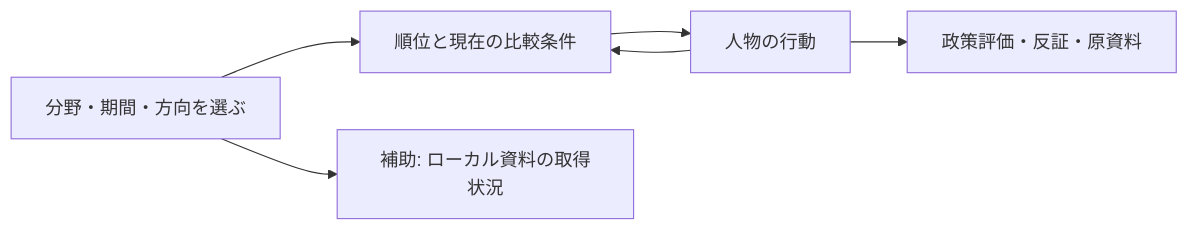
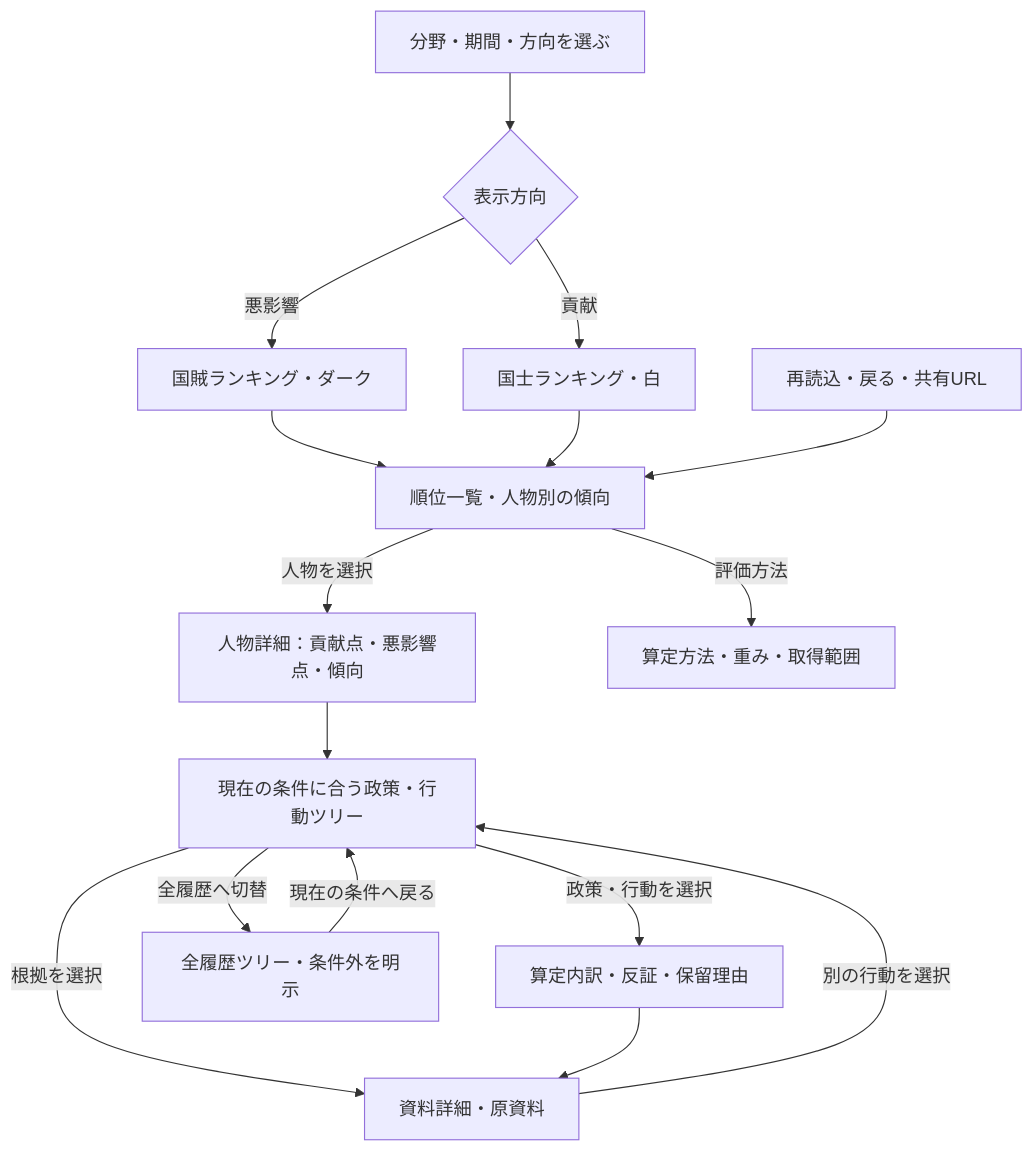
One commit to nexus-ai-2045/public-interest-lens changed the diagram in docs/visual-resource-selection.md. Above: the diagram before and after it, drawn with Mermaid. The commit also changed other lines of this file and 28 other files, not shown here.

First line of the commit message:
国賊・国士の画面を統合し、図入りREADMEと完成版ロードマップを追加 (#8)

````diff
--- a/docs/visual-resource-selection.md
+++ b/docs/visual-resource-selection.md
@@ -18,8 +18,18 @@
 ```mermaid
-flowchart LR
-    A["分野・期間・方向を選ぶ"] --> B["順位と現在の比較条件"]
-    B --> C["人物の行動"]
-    C --> D["政策評価・反証・原資料"]
-    C --> B
-    A --> E["補助: ローカル資料の取得状況"]
+flowchart TD
+    A["分野・期間・方向を選ぶ"] --> B{"表示方向"}
+    B -->|悪影響| C["国賊ランキング・ダーク"]
+    B -->|貢献| D["国士ランキング・白"]
+    C --> E["順位一覧・人物別の傾向"]
+    D --> E
+    E -->|人物を選択| F["人物詳細：貢献点・悪影響点・傾向"]
+    F --> G["現在の条件に合う政策・行動ツリー"]
+    G -->|政策・行動を選択| H["算定内訳・反証・保留理由"]
+    G -->|根拠を選択| I["資料詳細・原資料"]
+    H --> I
+    G -->|全履歴へ切替| J["全履歴ツリー・条件外を明示"]
+    J -->|現在の条件へ戻る| G
+    I -->|別の行動を選択| G
+    E -->|評価方法| K["算定方法・重み・取得範囲"]
+    L["再読込・戻る・共有URL"] --> E
 ```
````
